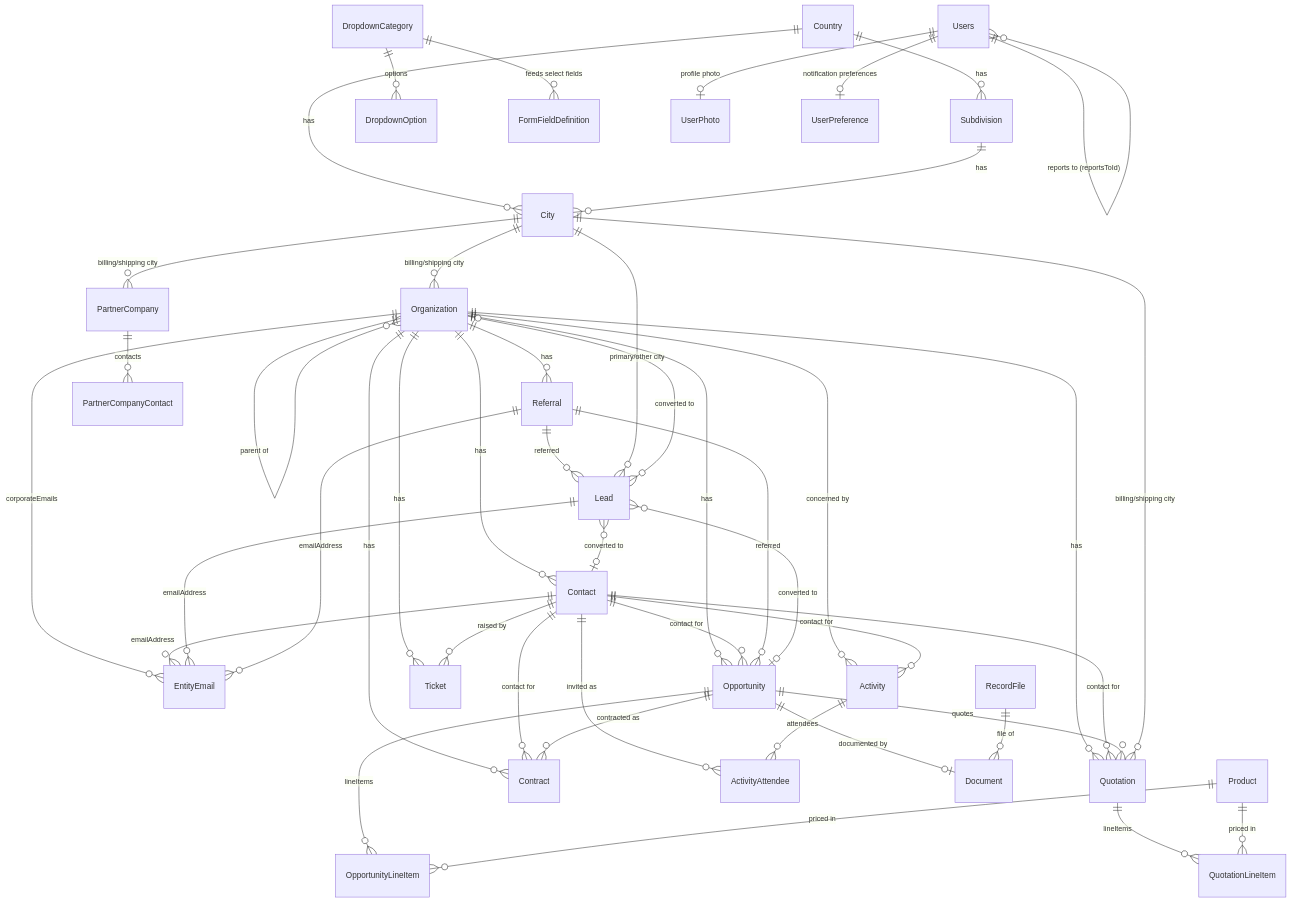
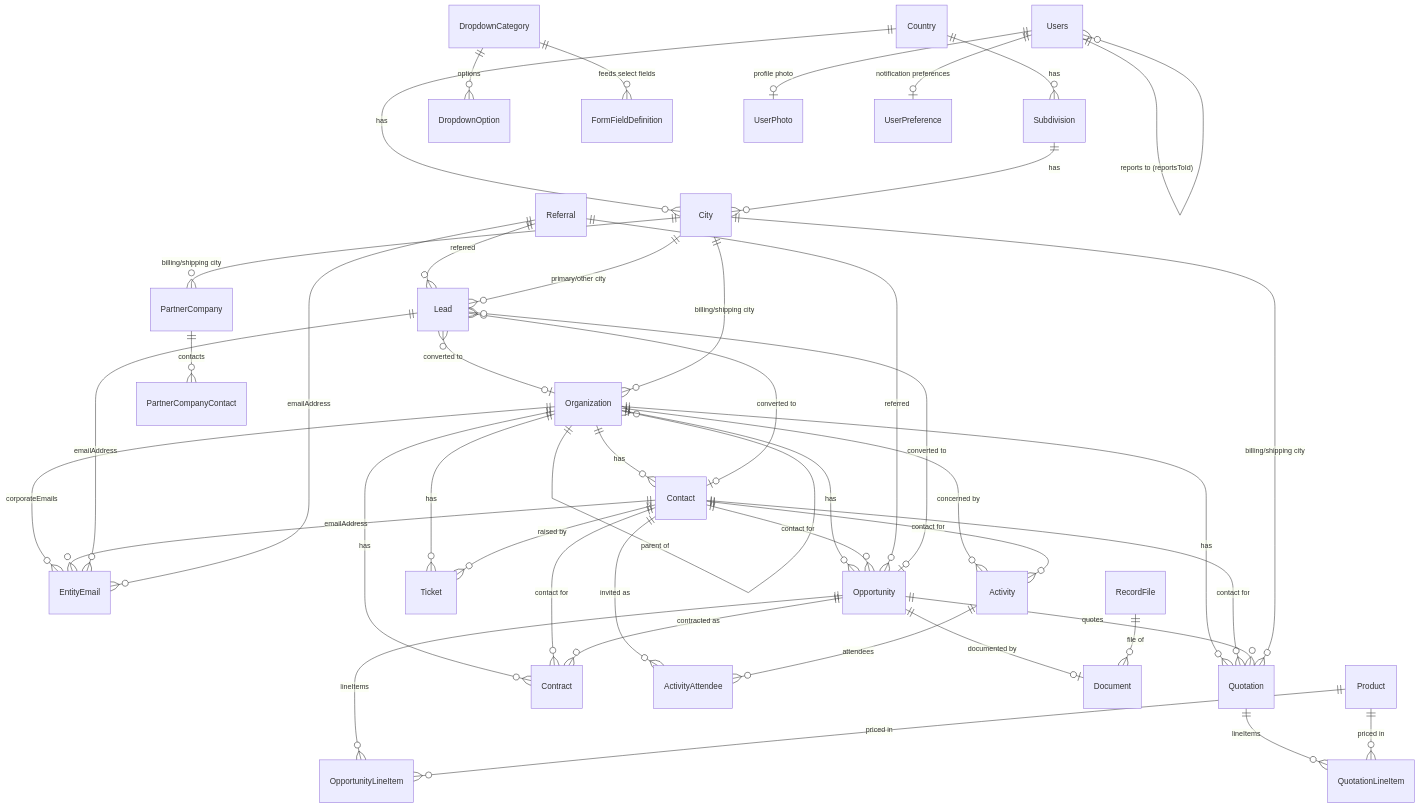
One commit to shivansh14503/nandini-crm changed the diagram in docs/database-design.md. Above: the diagram before and after it, drawn with Mermaid. The commit also changed other lines of this file and 24 other files, not shown here.

````diff
--- a/docs/database-design.md
+++ b/docs/database-design.md
@@ -77,48 +77,47 @@
 ```mermaid
 erDiagram
     Organization ||--o{ Organization : "parent of"
     Organization ||--o{ EntityEmail : "corporateEmails"
     Organization ||--o{ Contact : has
     Organization ||--o{ Opportunity : has
     Organization ||--o{ Quotation : has
     Organization ||--o{ Ticket : has
     Organization ||--o{ Contract : has
     Organization ||--o{ Activity : "concerned by"
-    Organization ||--o{ Referral : has
     Contact ||--o{ EntityEmail : emailAddress
     Contact ||--o{ Opportunity : "contact for"
     Contact ||--o{ Quotation : "contact for"
     Contact ||--o{ Ticket : "raised by"
     Contact ||--o{ Contract : "contact for"
     Contact ||--o{ Activity : "contact for"
     Contact ||--o{ ActivityAttendee : "invited as"
     Activity ||--o{ ActivityAttendee : attendees
     Lead ||--o{ EntityEmail : emailAddress
     Referral ||--o{ EntityEmail : emailAddress
     Referral ||--o{ Lead : "referred"
     Referral ||--o{ Opportunity : "referred"
     Lead }o--o| Organization : "converted to"
     Lead }o--o| Contact : "converted to"
     Lead }o--o| Opportunity : "converted to"
     Opportunity ||--o{ OpportunityLineItem : lineItems
     Opportunity ||--o{ Quotation : quotes
     Opportunity ||--o{ Contract : "contracted as"
     Opportunity ||--o| Document : "documented by"
     RecordFile ||--o{ Document : "file of"
     Quotation ||--o{ QuotationLineItem : lineItems
     Product ||--o{ OpportunityLineItem : "priced in"
     Product ||--o{ QuotationLineItem : "priced in"
     PartnerCompany ||--o{ PartnerCompanyContact : contacts
     Country ||--o{ Subdivision : has
     Country ||--o{ City : has
     Subdivision ||--o{ City : has
     City ||--o{ Organization : "billing/shipping city"
     City ||--o{ Lead : "primary/other city"
     City ||--o{ Quotation : "billing/shipping city"
     City ||--o{ PartnerCompany : "billing/shipping city"
     DropdownCategory ||--o{ DropdownOption : options
     DropdownCategory ||--o{ FormFieldDefinition : "feeds select fields"
     Users ||--o| UserPhoto : "profile photo"
     Users ||--o| UserPreference : "notification preferences"
     Users ||--o{ Users : "reports to (reportsToId)"
 ```
````
